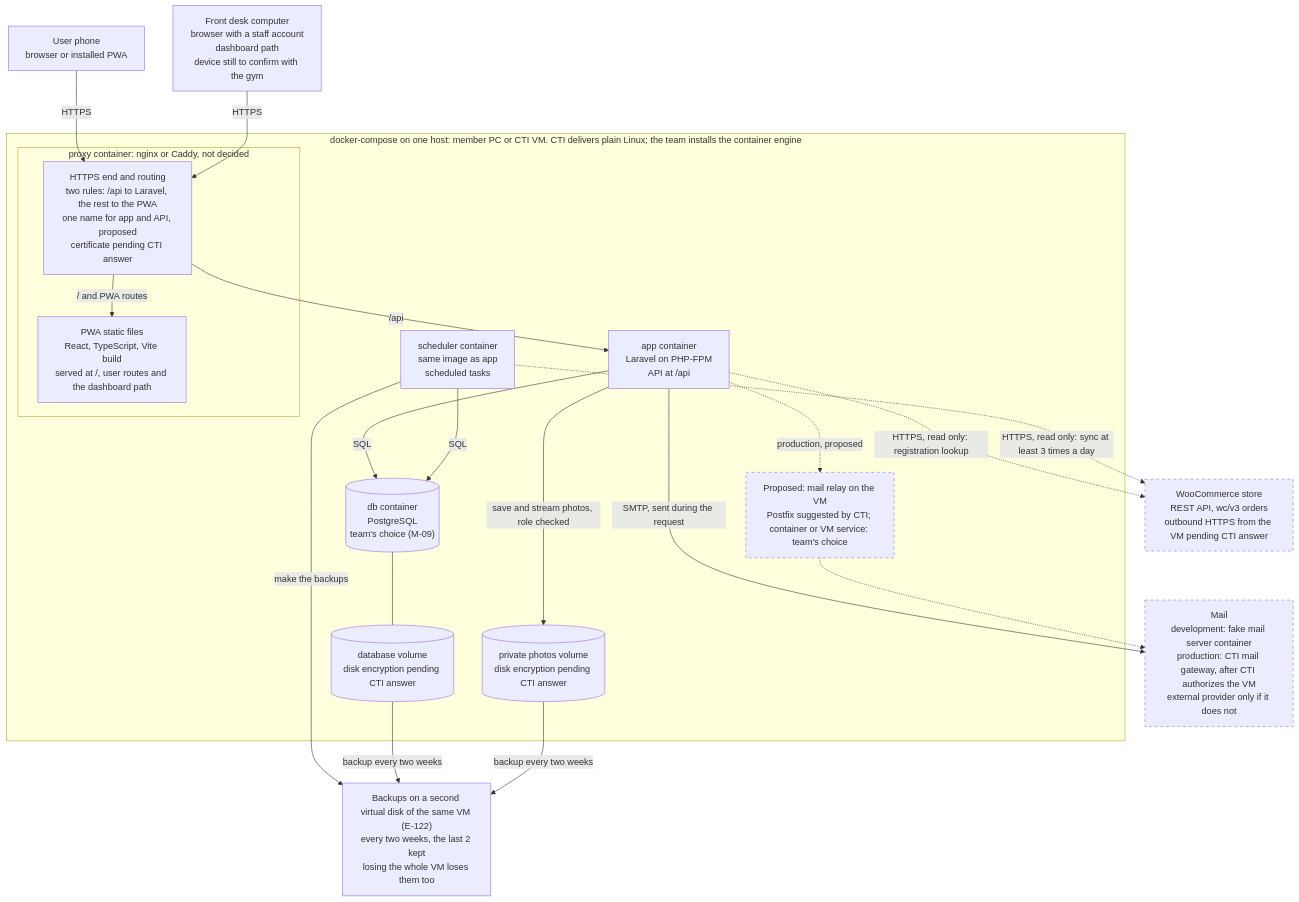
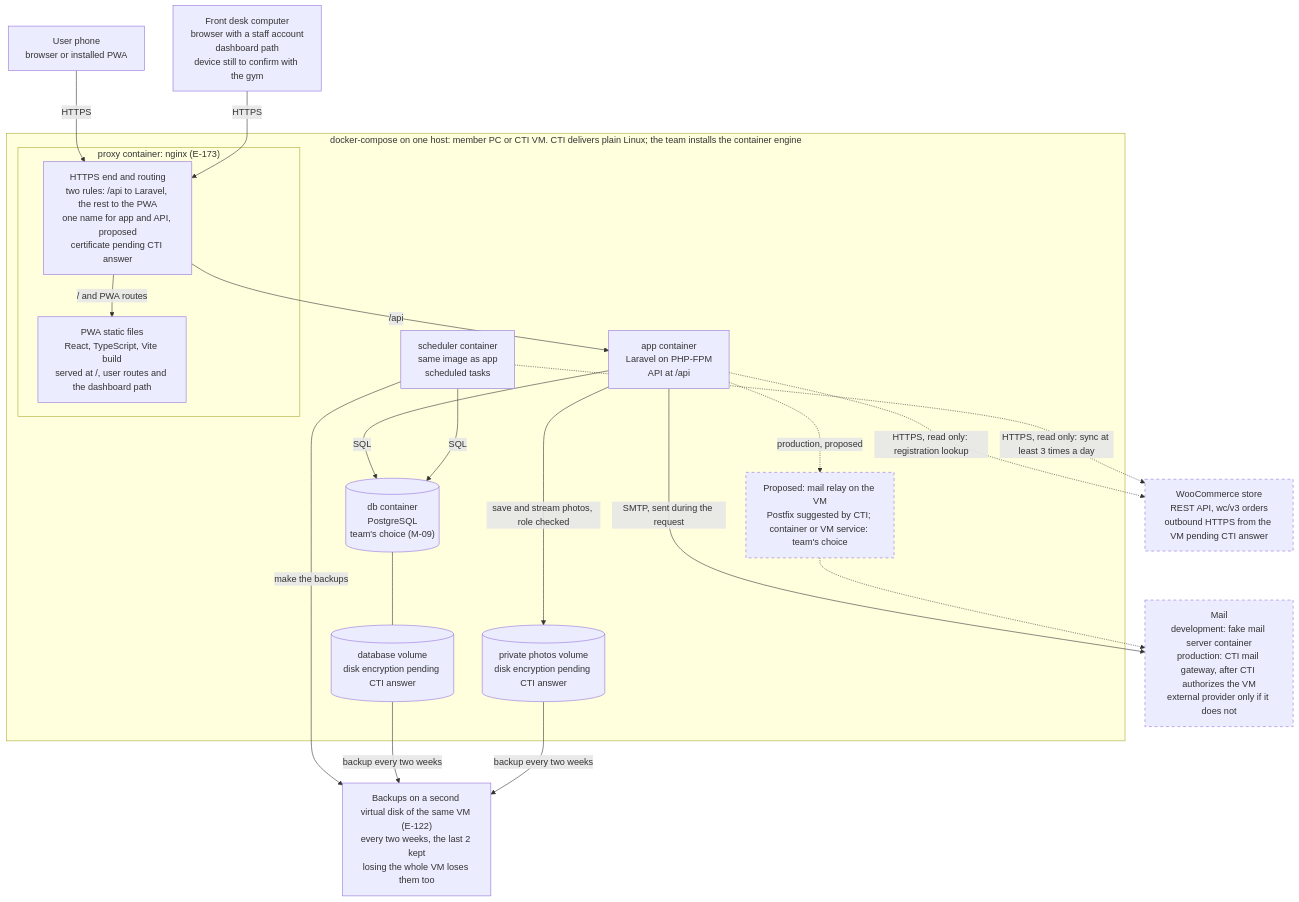
One commit to Th3-Minorities/natatorio-gym-app changed the second of 5 diagrams in docs/design/architecture.md. Above: the diagram before and after it, drawn with Mermaid. The commit also changed other lines of this file and 11 other files, not shown here.

````diff
--- a/docs/design/architecture.md
+++ b/docs/design/architecture.md
@@ -57,42 +57,42 @@
 ```mermaid
 flowchart TD
   PH["User phone<br/>browser or installed PWA"]
   FD["Front desk computer<br/>browser with a staff account<br/>dashboard path<br/>device still to confirm with the gym"]
 
   subgraph HOST["docker-compose on one host: member PC or CTI VM. CTI delivers plain Linux; the team installs the container engine"]
-    subgraph PXC["proxy container: nginx or Caddy, not decided"]
+    subgraph PXC["proxy container: nginx (E-173)"]
       PX["HTTPS end and routing<br/>two rules: /api to Laravel, the rest to the PWA<br/>one name for app and API, proposed<br/>certificate pending CTI answer"]
       ST["PWA static files<br/>React, TypeScript, Vite build<br/>served at /, user routes and the dashboard path"]
     end
     APP["app container<br/>Laravel on PHP-FPM<br/>API at /api"]
     SCH["scheduler container<br/>same image as app<br/>scheduled tasks"]
     RELAY["Proposed: mail relay on the VM<br/>Postfix suggested by CTI; container or VM service: team's choice"]
     DB[("db container<br/>PostgreSQL<br/>team's choice (M-09)")]
     DV[("database volume<br/>disk encryption pending CTI answer")]
     PV[("private photos volume<br/>disk encryption pending CTI answer")]
   end
 
   STORE["WooCommerce store<br/>REST API, wc/v3 orders<br/>outbound HTTPS from the VM pending CTI answer"]
   MAIL["Mail<br/>development: fake mail server container<br/>production: CTI mail gateway, after CTI authorizes the VM<br/>external provider only if it does not"]
   BK["Backups on a second virtual disk of the same VM (E-122)<br/>every two weeks, the last 2 kept<br/>losing the whole VM loses them too"]
 
   PH -->|"HTTPS"| PX
   FD -->|"HTTPS"| PX
   PX -->|"/ and PWA routes"| ST
   PX -->|"/api"| APP
   APP -->|"SQL"| DB
   DB --- DV
   APP -->|"save and stream photos, role checked"| PV
   SCH -->|"SQL"| DB
   SCH -->|"make the backups"| BK
   APP -->|"SMTP, sent during the request"| MAIL
   APP -.->|"HTTPS, read only: registration lookup"| STORE
   SCH -.->|"HTTPS, read only: sync at least 3 times a day"| STORE
   APP -.->|"production, proposed"| RELAY
   RELAY -.-> MAIL
   DV -->|"backup every two weeks"| BK
   PV -->|"backup every two weeks"| BK
 
   classDef pending stroke-dasharray: 5 5
   class MAIL,RELAY,STORE pending
 ```
````
